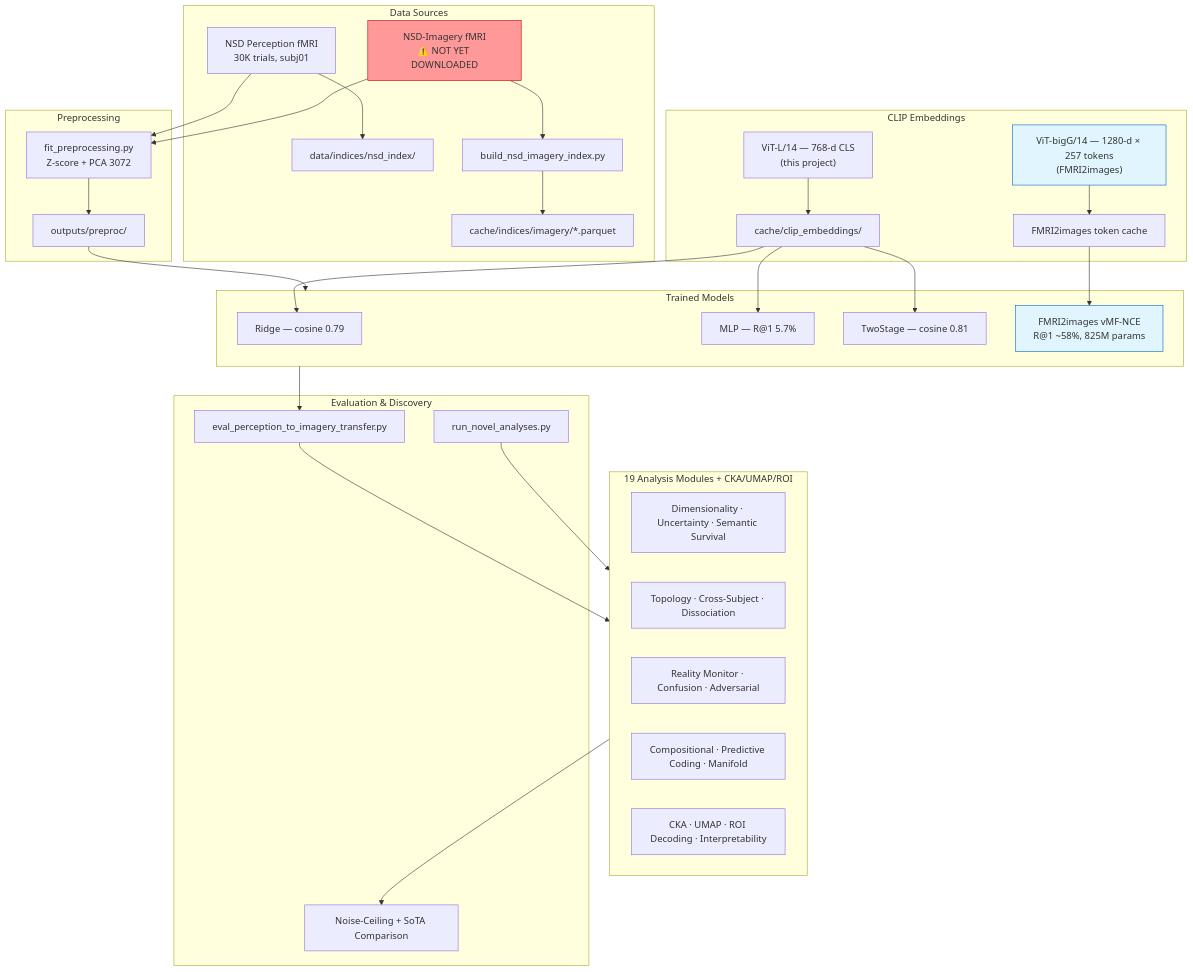
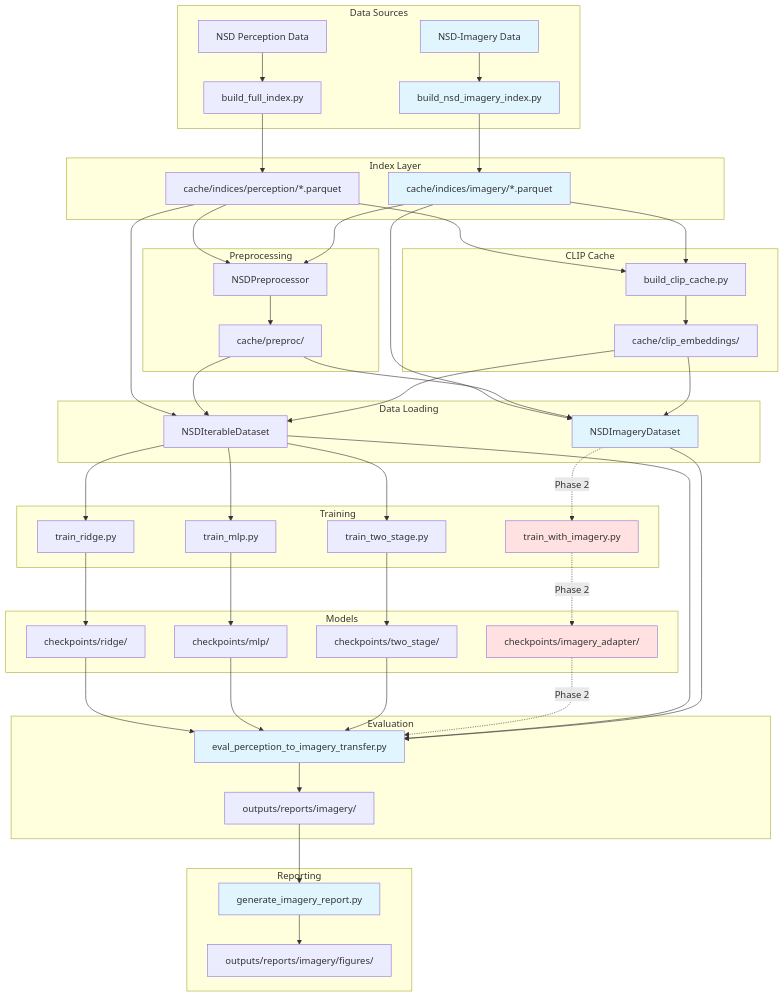
One commit to toniIepure25/perceptionVSimagination changed the diagram in docs/architecture/IMAGERY_EXTENSION.md. Above: the diagram before and after it, drawn with Mermaid. The commit also changed other lines of this file and 87 other files, not shown here.

````diff
--- a/docs/architecture/IMAGERY_EXTENSION.md
+++ b/docs/architecture/IMAGERY_EXTENSION.md
@@ -45,52 +25,71 @@
 ```mermaid
 flowchart TD
-    subgraph Data["Data Sources"]
-        A[NSD Perception fMRI<br/>30K trials, subj01] --> C[data/indices/nsd_index/]
-        B["NSD-Imagery fMRI<br/>⚠️ NOT YET DOWNLOADED"] --> D[build_nsd_imagery_index.py]
+    subgraph Data Sources
+        A[NSD Perception Data] --> C[build_full_index.py]
+        B[NSD-Imagery Data] --> D[build_nsd_imagery_index.py]
+    end
+
+    subgraph Index Layer
+        C --> E[cache/indices/perception/*.parquet]
         D --> F[cache/indices/imagery/*.parquet]
     end
 
-    subgraph Preproc["Preprocessing"]
-        A --> G["fit_preprocessing.py<br/>Z-score + PCA 3072"]
-        B --> G
-        G --> H[outputs/preproc/]
+    subgraph Preprocessing
+        E --> G[NSDPreprocessor]
+        F --> G
+        G --> H[cache/preproc/]
     end
 
-    subgraph CLIP["CLIP Embeddings"]
-        I["ViT-L/14 — 768-d CLS<br/>(this project)"] --> J[cache/clip_embeddings/]
-        K["ViT-bigG/14 — 1280-d × 257 tokens<br/>(FMRI2images)"] --> L[FMRI2images token cache]
+    subgraph CLIP Cache
+        E --> I[build_clip_cache.py]
+        F --> I
+        I --> J[cache/clip_embeddings/]
     end
 
-    subgraph Models["Trained Models"]
-        M1["Ridge — cosine 0.79"]
-        M2["MLP — R@1 5.7%"]
-        M3["TwoStage — cosine 0.81"]
-        M5["FMRI2images vMF-NCE<br/>R@1 ~58%, 825M params"]
+    subgraph Data Loading
+        E --> K[NSDIterableDataset]
+        F --> L[NSDImageryDataset]
+        H --> K
+        H --> L
+        J --> K
+        J --> L
     end
 
-    subgraph Analysis["19 Analysis Modules + CKA/UMAP/ROI"]
-        N1[Dimensionality · Uncertainty · Semantic Survival]
-        N2[Topology · Cross-Subject · Dissociation]
-        N3[Reality Monitor · Confusion · Adversarial]
-        N4[Compositional · Predictive Coding · Manifold]
-        N5[CKA · UMAP · ROI Decoding · Interpretability]
+    subgraph Training
+        K --> M[train_ridge.py]
+        K --> N[train_mlp.py]
+        K --> O[train_two_stage.py]
+        L -.->|Phase 2| P[train_with_imagery.py]
     end
 
-    subgraph Eval["Evaluation & Discovery"]
-        E1[eval_perception_to_imagery_transfer.py]
-        E2[run_novel_analyses.py]
-        E3[Noise-Ceiling + SoTA Comparison]
+    subgraph Models
+        M --> Q[checkpoints/ridge/]
+        N --> R[checkpoints/mlp/]
+        O --> S[checkpoints/two_stage/]
+        P -.->|Phase 2| T[checkpoints/imagery_adapter/]
     end
 
-    H --> Models
-    J --> M1 & M2 & M3
-    L --> M5
-    Models --> E1
-    E1 --> Analysis
-    E2 --> Analysis
-    Analysis --> E3
+    subgraph Evaluation
+        Q --> U[eval_perception_to_imagery_transfer.py]
+        R --> U
+        S --> U
+        T -.->|Phase 2| U
+        K --> U
+        L --> U
+        U --> V[outputs/reports/imagery/]
+    end
 
-    style B fill:#ff9999,stroke:#cc0000
-    style M5 fill:#e1f5ff,stroke:#0066cc
-    style K fill:#e1f5ff,stroke:#0066cc
+    subgraph Reporting
+        V --> W[generate_imagery_report.py]
+        W --> X[outputs/reports/imagery/figures/]
+    end
+
+    style B fill:#e1f5ff
+    style D fill:#e1f5ff
+    style F fill:#e1f5ff
+    style L fill:#e1f5ff
+    style P fill:#ffe1e1
+    style T fill:#ffe1e1
+    style U fill:#e1f5ff
+    style W fill:#e1f5ff
 ```
````
